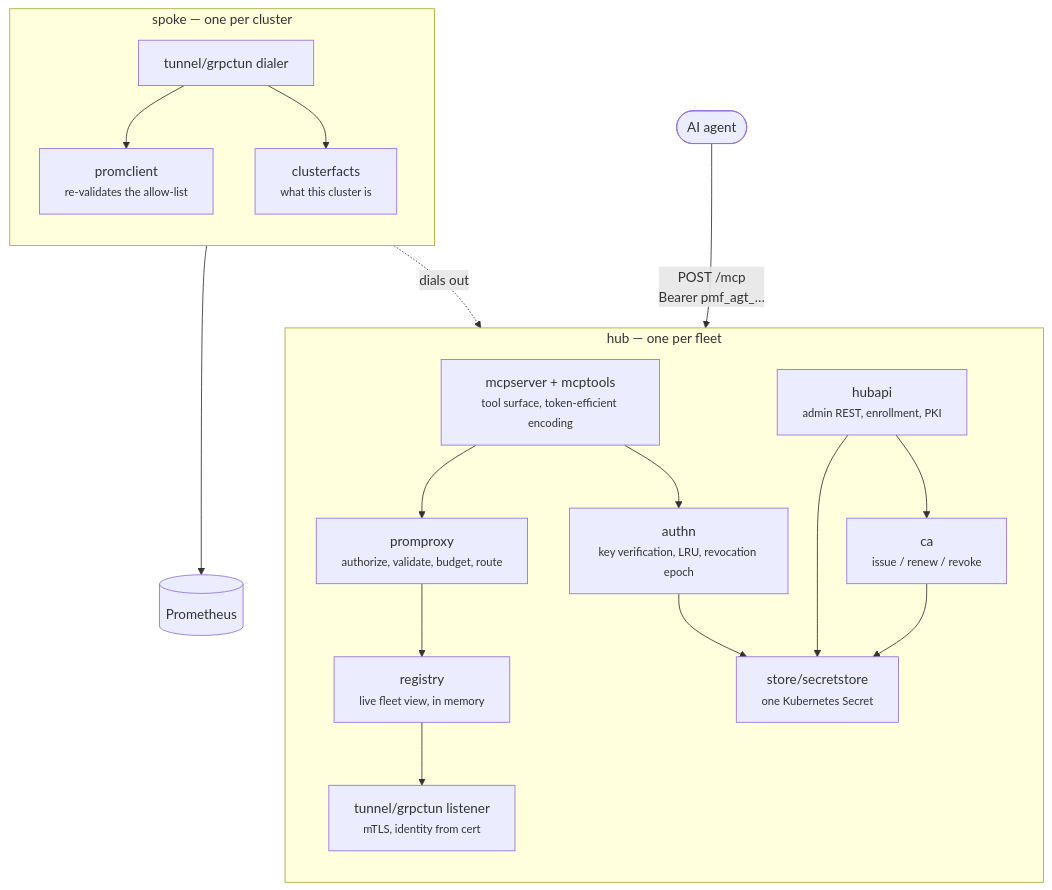
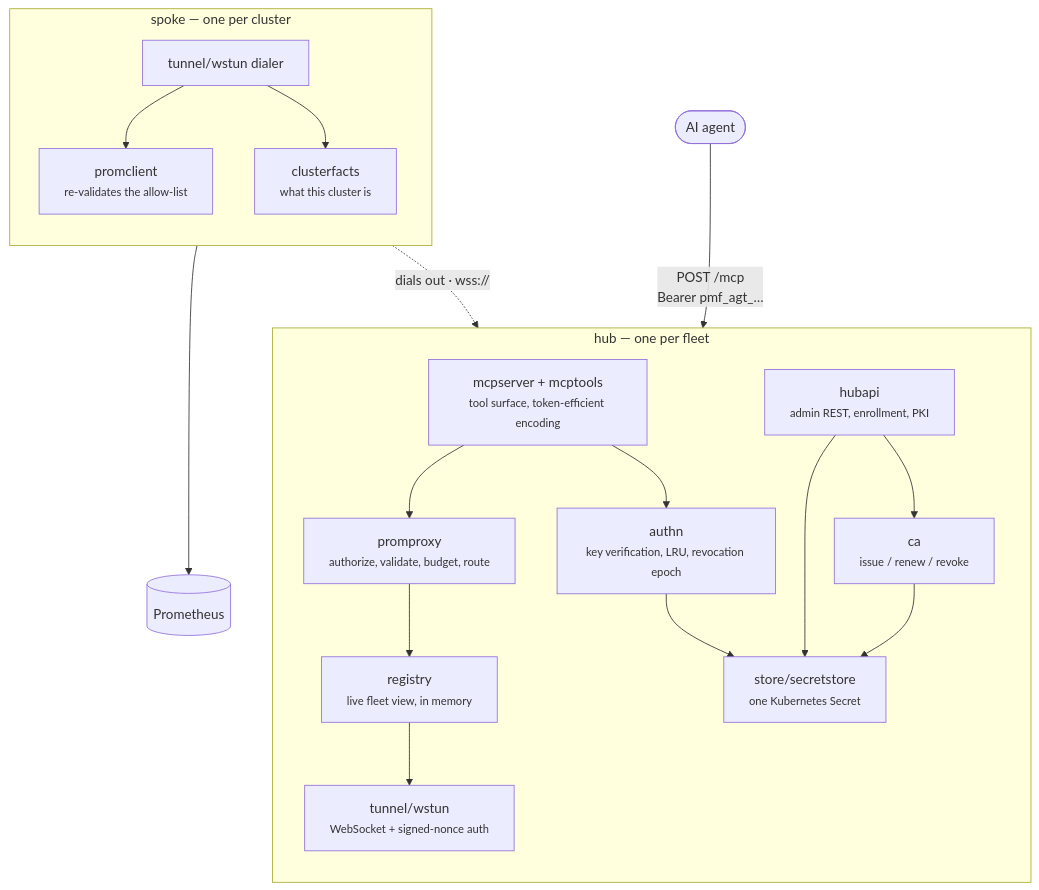
One commit to jacoknapp/prometheus-mcp-fleet changed the first of 4 diagrams in docs/architecture.md. Above: the diagram before and after it, drawn with Mermaid. The commit also changed other lines of this file and 91 other files, not shown here.

````diff
--- a/docs/architecture.md
+++ b/docs/architecture.md
@@ -49,36 +49,36 @@
 ```mermaid
 flowchart TB
     subgraph hub ["hub — one per fleet"]
         direction TB
         MCP["mcpserver + mcptools<br/><small>tool surface, token-efficient encoding</small>"]
         AUTHN["authn<br/><small>key verification, LRU, revocation epoch</small>"]
         PROXY["promproxy<br/><small>authorize, validate, budget, route</small>"]
         REG["registry<br/><small>live fleet view, in memory</small>"]
-        LIS["tunnel/grpctun listener<br/><small>mTLS, identity from cert</small>"]
+        LIS["tunnel/wstun<br/><small>WebSocket + signed-nonce auth</small>"]
         API["hubapi<br/><small>admin REST, enrollment, PKI</small>"]
         CA["ca<br/><small>issue / renew / revoke</small>"]
         ST["store/secretstore<br/><small>one Kubernetes Secret</small>"]
 
         MCP --> AUTHN
         MCP --> PROXY
         PROXY --> REG
         REG --> LIS
         API --> CA
         API --> ST
         AUTHN --> ST
         CA --> ST
     end
 
     subgraph spoke ["spoke — one per cluster"]
         direction TB
-        DIAL["tunnel/grpctun dialer"]
+        DIAL["tunnel/wstun dialer"]
         PC["promclient<br/><small>re-validates the allow-list</small>"]
         CF["clusterfacts<br/><small>what this cluster is</small>"]
         DIAL --> PC
         DIAL --> CF
     end
 
     AGENT(["AI agent"]) -->|"POST /mcp<br/>Bearer pmf_agt_…"| MCP
-    DIAL -.->|"dials out"| LIS
+    DIAL -.->|"dials out · wss://"| LIS
     PC --> PROMETHEUS[("Prometheus")]
 ```
````
